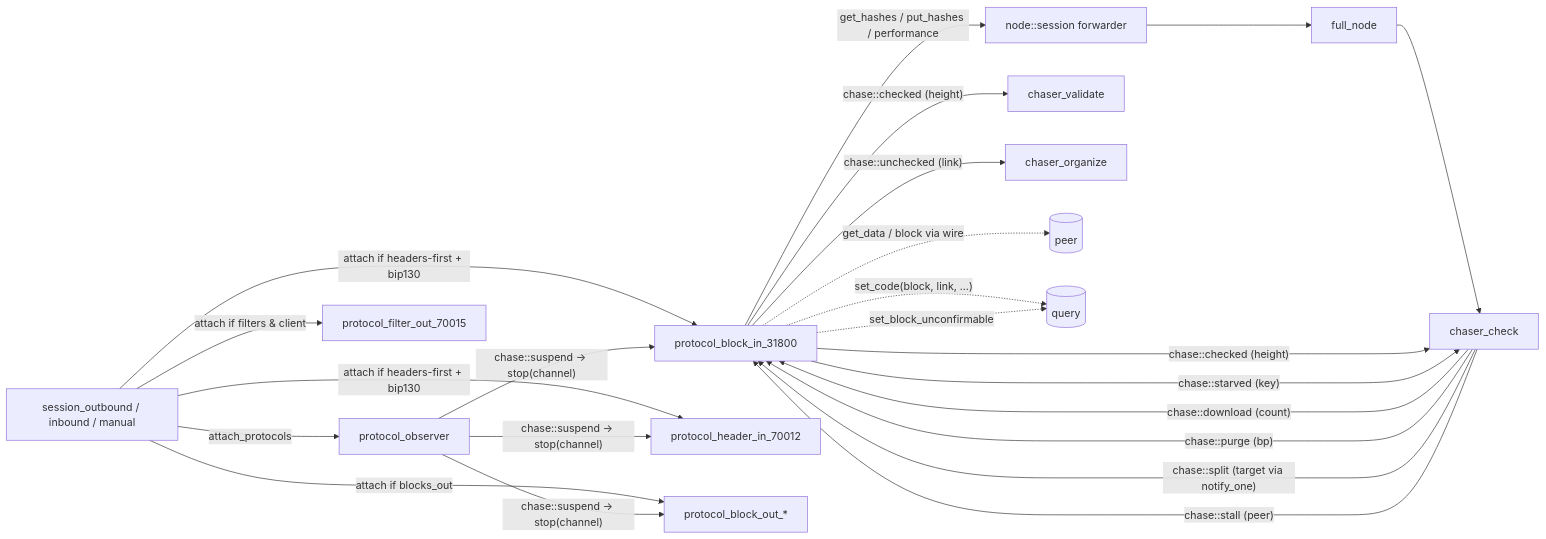
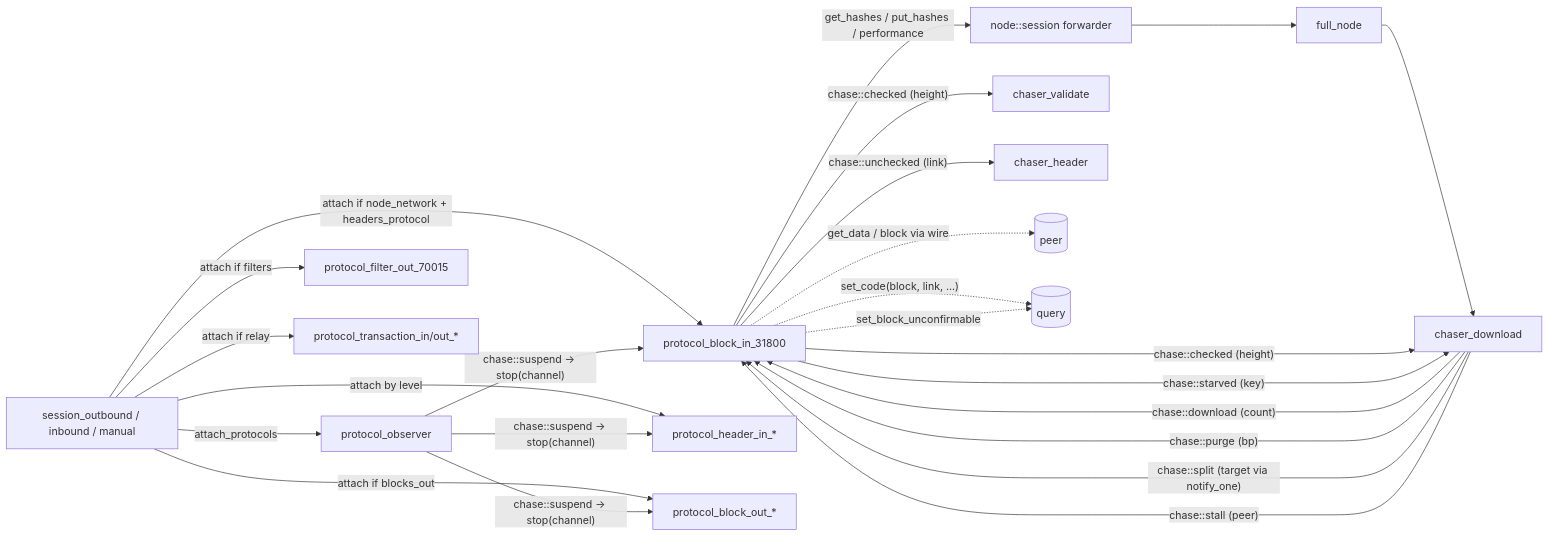
The sixth of 6 diagrams in architecture/md/06-sessions-and-protocols.md (libbitcoin/libbitcoin.github.io), drawn with Mermaid before and after one commit. The commit also changed other lines of this file and 31 other files, not shown here.

Commit message:
Add the node architecture pages.

````diff
--- a/architecture/md/06-sessions-and-protocols.md
+++ b/architecture/md/06-sessions-and-protocols.md
@@ -619,30 +585,31 @@
 ```mermaid
 flowchart LR
     SS[session_outbound / inbound / manual] -- "attach_protocols" --> P_observer[protocol_observer]
-    SS -- "attach if headers-first + bip130" --> P_block_in[protocol_block_in_31800]
-    SS -- "attach if headers-first + bip130" --> P_hin_70012[protocol_header_in_70012]
-    SS -- "attach if blocks_out" --> P_block_out[protocol_block_out_*]
-    SS -- "attach if filters & client" --> P_filter[protocol_filter_out_70015]
+    SS -- "attach if node_network + headers_protocol" --> P_block_in[protocol_block_in_31800]
+    SS -- "attach by level" --> P_hin["protocol_header_in_*"]
+    SS -- "attach if blocks_out" --> P_block_out["protocol_block_out_*"]
+    SS -- "attach if filters" --> P_filter[protocol_filter_out_70015]
+    SS -- "attach if relay" --> P_tx["protocol_transaction_in/out_*"]
 
     P_block_in -- "get_hashes / put_hashes / performance" --> SES[node::session forwarder]
     SES --> FN[full_node]
-    FN --> CHK[chaser_check]
+    FN --> CHK[chaser_download]
 
     CHK -- "chase::download (count)" --> P_block_in
     CHK -- "chase::purge (bp)" --> P_block_in
     CHK -- "chase::split (target via notify_one)" --> P_block_in
     CHK -- "chase::stall (peer)" --> P_block_in
 
     P_block_in -- "chase::checked (height)" --> CHK
     P_block_in -- "chase::checked (height)" --> VAL[chaser_validate]
-    P_block_in -- "chase::unchecked (link)" --> ORG[chaser_organize]
+    P_block_in -- "chase::unchecked (link)" --> HDR[chaser_header]
     P_block_in -- "chase::starved (key)" --> CHK
 
     P_observer -- "chase::suspend → stop(channel)" --> P_block_in
     P_observer -- "chase::suspend → stop(channel)" --> P_block_out
-    P_observer -- "chase::suspend → stop(channel)" --> P_hin_70012
+    P_observer -- "chase::suspend → stop(channel)" --> P_hin
 
     P_block_in -.->|"get_data / block via wire"| PEER[(peer)]
     P_block_in -.->|"set_code(block, link, ...)"| STORE[(query)]
     P_block_in -.->|"set_block_unconfirmable"| STORE
 ```
````
